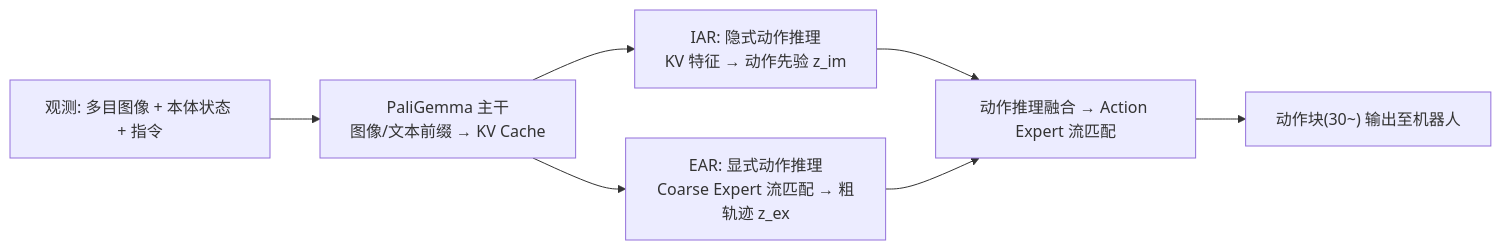
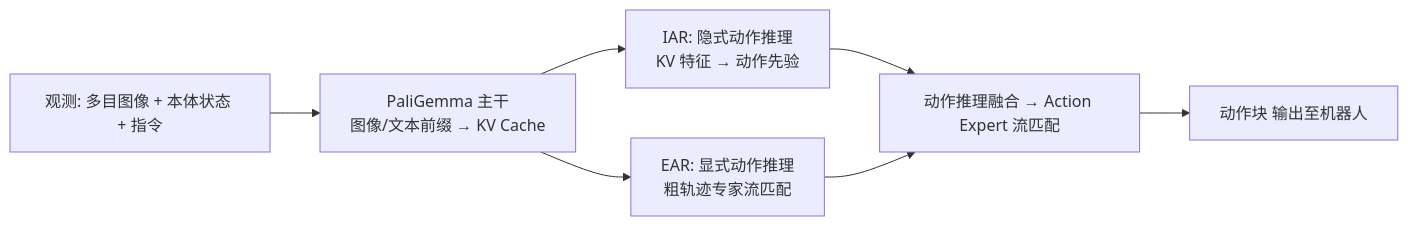
Before and after one commit to v34288154-eng/ACoT-VLA: the diagram in docs-site/docs/index.md, drawn with Mermaid. The commit also changed other lines of this file and 11 other files, not shown here.

````diff
--- a/docs-site/docs/index.md
+++ b/docs-site/docs/index.md
@@ -26,9 +13,9 @@
 ```mermaid
 flowchart LR
     A["观测: 多目图像 + 本体状态 + 指令"] --> B["PaliGemma 主干<br/>图像/文本前缀 → KV Cache"]
-    B --> C["IAR: 隐式动作推理<br/>KV 特征 → 动作先验 z_im"]
-    B --> D["EAR: 显式动作推理<br/>Coarse Expert 流匹配 → 粗轨迹 z_ex"]
+    B --> C["IAR: 隐式动作推理<br/>KV 特征 → 动作先验"]
+    B --> D["EAR: 显式动作推理<br/>粗轨迹专家流匹配"]
     C --> E["动作推理融合 → Action Expert 流匹配"]
     D --> E
-    E --> F["动作块(30~) 输出至机器人"]
+    E --> F["动作块 输出至机器人"]
 ```
````
